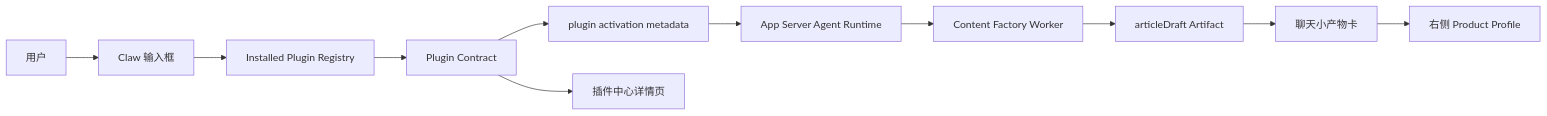
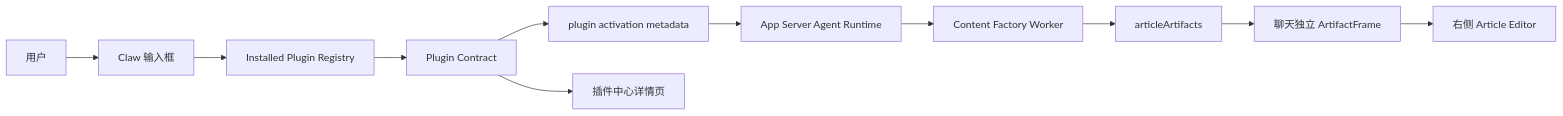
The first of 2 diagrams in internal/roadmap/Writing/architecture.md (jiujuan/lime), drawn with Mermaid before and after one commit. The commit also changed other lines of this file and 458 other files, not shown here.

````diff
--- a/internal/roadmap/Writing/architecture.md
+++ b/internal/roadmap/Writing/architecture.md
@@ -23,13 +23,13 @@
 ```mermaid
 flowchart LR
   User[用户] --> Composer[Claw 输入框]
   Composer --> Installed[Installed Plugin Registry]
   Installed --> Contract[Plugin Contract]
   Contract --> RuntimeMeta[plugin activation metadata]
   RuntimeMeta --> AppServer[App Server Agent Runtime]
   AppServer --> Worker[Content Factory Worker]
-  Worker --> Artifact[articleDraft Artifact]
-  Artifact --> Card[聊天小产物卡]
-  Card --> RightSurface[右侧 Product Profile]
+  Worker --> ArticleArtifacts[articleArtifacts]
+  ArticleArtifacts --> Frame[聊天独立 ArtifactFrame]
+  Frame --> RightSurface[右侧 Article Editor]
   Contract --> Marketplace[插件中心详情页]
 ```
````
